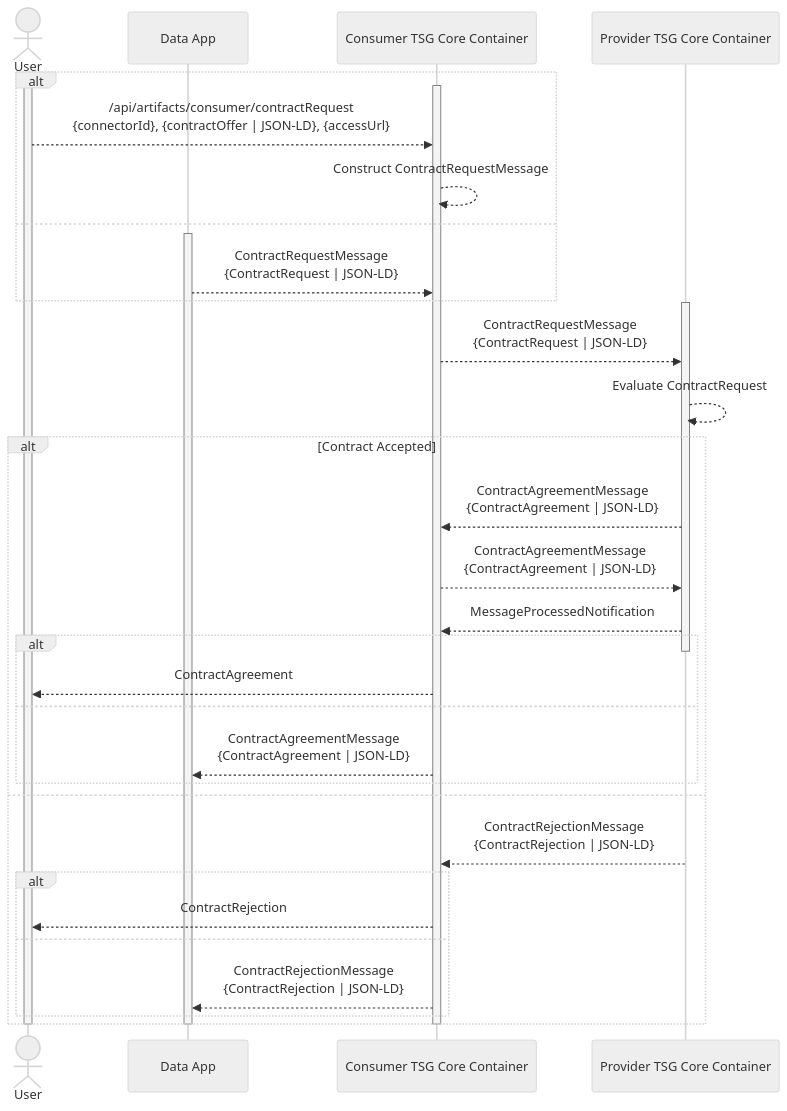
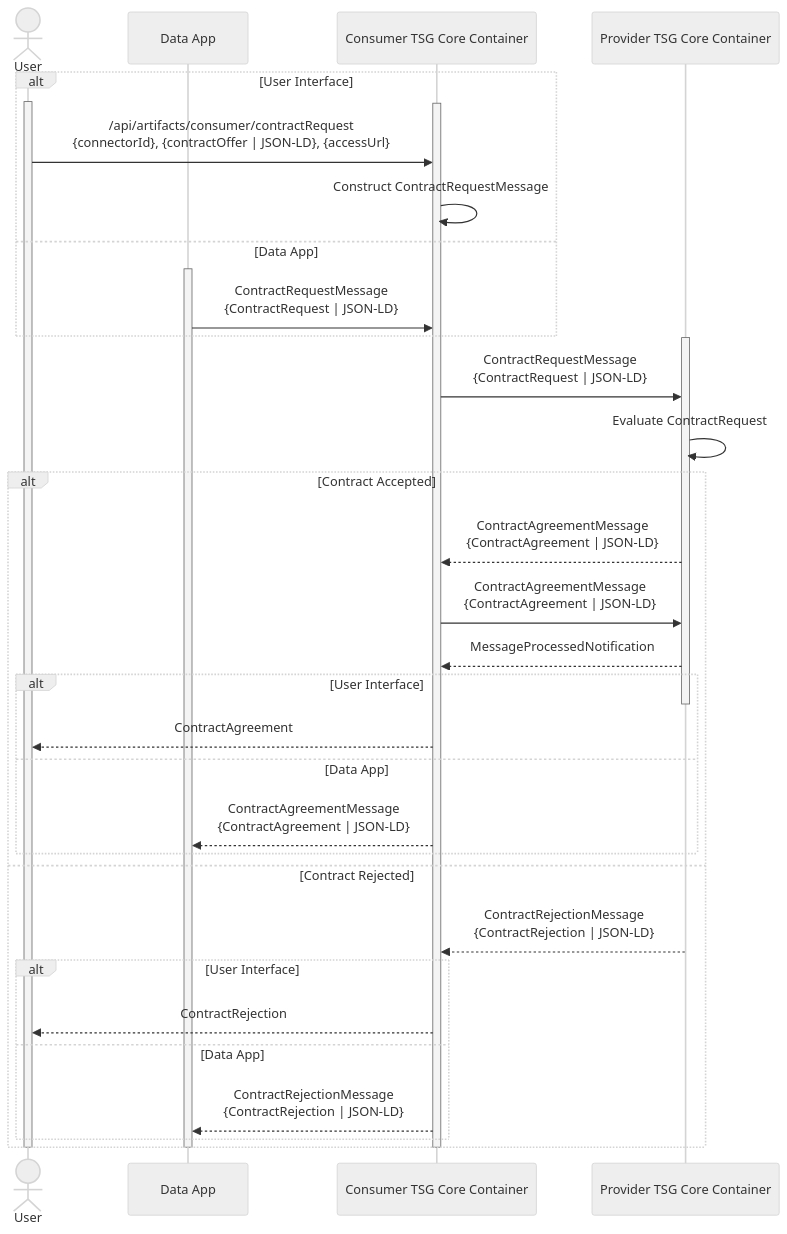
Before and after one commit to TNO-TSG/documentation: the fifth of 6 diagrams in _docs/communication/message-flows.md, drawn with Mermaid (neutral theme). The commit also changed other lines of this file and 1 other file, not shown here.

Commit message:
Fix diagrams & updated loop style

```diff
--- a/_docs/communication/message-flows.md
+++ b/_docs/communication/message-flows.md
@@ -126,40 +126,40 @@
 <div class="mermaid">
 sequenceDiagram
     actor User
     participant DA as Data App
     participant TSGC as Consumer TSG Core Container
     participant TSGP as Provider TSG Core Container
-    alt
+    alt User Interface
     activate User
     activate TSGC
-    User-->>TSGC: /api/artifacts/consumer/contractRequest<br />{connectorId}, {contractOffer | JSON-LD}, {accessUrl}
-    TSGC-->>TSGC: Construct ContractRequestMessage
-    else
+    User->>TSGC: /api/artifacts/consumer/contractRequest<br />{connectorId}, {contractOffer | JSON-LD}, {accessUrl}
+    TSGC->>TSGC: Construct ContractRequestMessage
+    else Data App
     activate DA
-    DA-->>TSGC: ContractRequestMessage<br />{ContractRequest | JSON-LD}
+    DA->>TSGC: ContractRequestMessage<br />{ContractRequest | JSON-LD}
     end
     activate TSGP
-    TSGC-->>TSGP: ContractRequestMessage<br />{ContractRequest | JSON-LD}
-    TSGP-->>TSGP: Evaluate ContractRequest
+    TSGC->>TSGP: ContractRequestMessage<br />{ContractRequest | JSON-LD}
+    TSGP->>TSGP: Evaluate ContractRequest
     alt Contract Accepted
     TSGP-->>TSGC: ContractAgreementMessage<br />{ContractAgreement | JSON-LD}
-    TSGC-->>TSGP: ContractAgreementMessage<br />{ContractAgreement | JSON-LD}
+    TSGC->>TSGP: ContractAgreementMessage<br />{ContractAgreement | JSON-LD}
     TSGP-->>TSGC: MessageProcessedNotification
-    alt
+    alt User Interface
     deactivate TSGP
     TSGC-->>User: ContractAgreement
-    else
+    else Data App
     TSGC-->>DA: ContractAgreementMessage<br />{ContractAgreement | JSON-LD}
     end
-    else
+    else Contract Rejected
     TSGP-->>TSGC: ContractRejectionMessage<br />{ContractRejection | JSON-LD}
-    alt
+    alt User Interface
     TSGC-->>User: ContractRejection
-    else
+    else Data App
     TSGC-->>DA: ContractRejectionMessage<br />{ContractRejection | JSON-LD}
     end
     end    
     deactivate User 
     deactivate DA
     deactivate TSGC
 </div>
```
